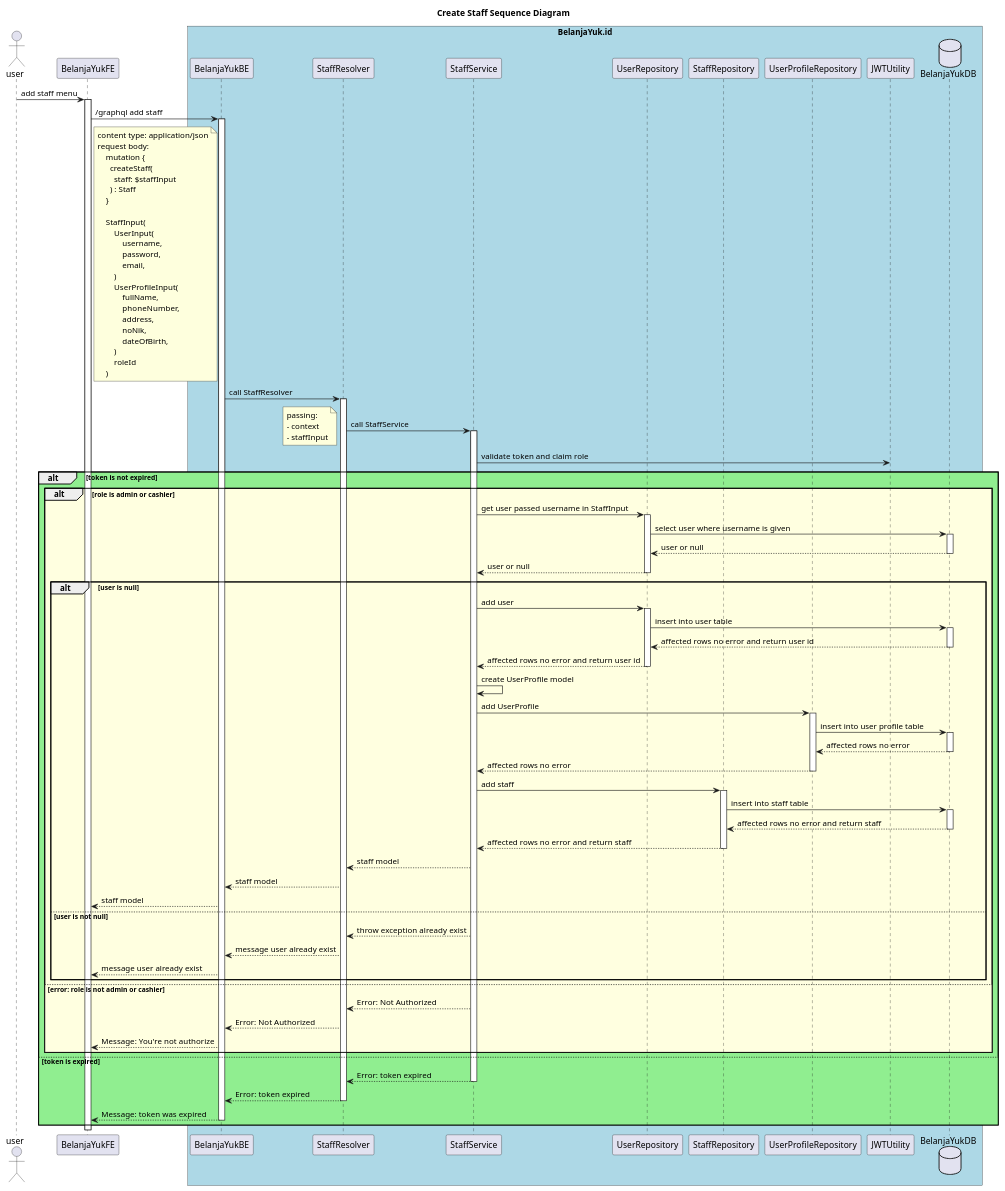
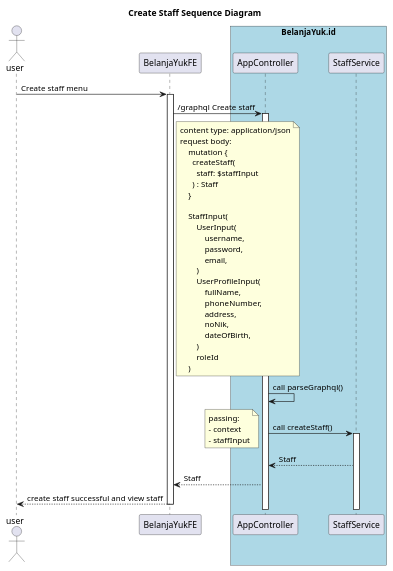
The diagram in SA/sequencediagram/staff/simple/CreateStaff.puml (dedeandress/belanjayukid-be-services), drawn with PlantUML before and after one commit. The commit also changed 14 other files, not shown here.

Commit message:
add diagram for SA

```diff
--- a/SA/sequencediagram/staff/simple/CreateStaff.puml
+++ b/SA/sequencediagram/staff/simple/CreateStaff.puml
@@ -1,90 +1,47 @@
 @startuml
 title: Create Staff Sequence Diagram
 actor user
 participant BelanjaYukFE
-database BelanjaYukDB
 box "BelanjaYuk.id" #LightBlue
-participant BelanjaYukBE
-participant StaffResolver
+participant AppController
 participant StaffService
-participant UserRepository
-participant StaffRepository
-participant UserProfileRepository
-participant JWTUtility
-participant BelanjaYukDB
 end box
 
-user -> BelanjaYukFE ++ : add staff menu
-BelanjaYukFE -> BelanjaYukBE ++ : /graphql add staff
+user -> BelanjaYukFE ++ : Create staff menu
+BelanjaYukFE -> AppController ++ : /graphql Create staff
     note right of BelanjaYukFE
     content type: application/json
     request body:
         mutation {
           createStaff(
             staff: $staffInput
           ) : Staff
         }
 
         StaffInput(
             UserInput(
                 username,
                 password,
                 email,
             )
             UserProfileInput(
                 fullName,
                 phoneNumber,
                 address,
                 noNik,
                 dateOfBirth,
             )
             roleId
         )
     end note
-BelanjaYukBE -> StaffResolver ++ : call StaffResolver
-StaffResolver -> StaffService ++ : call StaffService
+AppController -> AppController : call parseGraphql()
+AppController -> StaffService ++ : call createStaff()
     note left
     passing:
     - context
     - staffInput
     end note
-StaffService -> JWTUtility: validate token and claim role
-alt #LightGreen token is not expired
-    alt #LightYellow role is admin or cashier
-        StaffService -> UserRepository ++ : get user passed username in StaffInput
-        UserRepository -> BelanjaYukDB ++ : select user where username is given
-        BelanjaYukDB -->  UserRepository -- : user or null
-        UserRepository --> StaffService -- : user or null
-        alt user is null
-            StaffService -> UserRepository ++ : add user
-            UserRepository -> BelanjaYukDB ++ : insert into user table
-            BelanjaYukDB --> UserRepository -- : affected rows no error and return user id
-            UserRepository --> StaffService -- : affected rows no error and return user id
-            StaffService -> StaffService : create UserProfile model
-            StaffService -> UserProfileRepository ++ : add UserProfile
-            UserProfileRepository -> BelanjaYukDB ++ : insert into user profile table
-            BelanjaYukDB --> UserProfileRepository -- : affected rows no error
-            UserProfileRepository --> StaffService -- : affected rows no error
-            StaffService -> StaffRepository ++ : add staff
-            StaffRepository -> BelanjaYukDB ++ : insert into staff table
-            BelanjaYukDB --> StaffRepository -- : affected rows no error and return staff
-            StaffRepository --> StaffService -- : affected rows no error and return staff
-            StaffService --> StaffResolver : staff model
-            StaffResolver --> BelanjaYukBE : staff model
-            BelanjaYukBE --> BelanjaYukFE : staff model
-            else user is not null
-            StaffService --> StaffResolver: throw exception already exist
-            StaffResolver --> BelanjaYukBE: message user already exist
-            BelanjaYukBE --> BelanjaYukFE: message user already exist
-        end alt
-        else error: role is not admin or cashier
-        StaffService --> StaffResolver : Error: Not Authorized
-        StaffResolver --> BelanjaYukBE : Error: Not Authorized
-        BelanjaYukBE --> BelanjaYukFE: Message: You're not authorize
-    end alt
-    else token is expired
-    StaffService --> StaffResolver -- : Error: token expired
-    StaffResolver --> BelanjaYukBE -- : Error: token expired
-    BelanjaYukBE --> BelanjaYukFE -- : Message: token was expired
-end alt
+StaffService --> AppController : Staff
+AppController --> BelanjaYukFE : Staff
+BelanjaYukFE --> user -- : create staff successful and view staff
 @enduml
```
